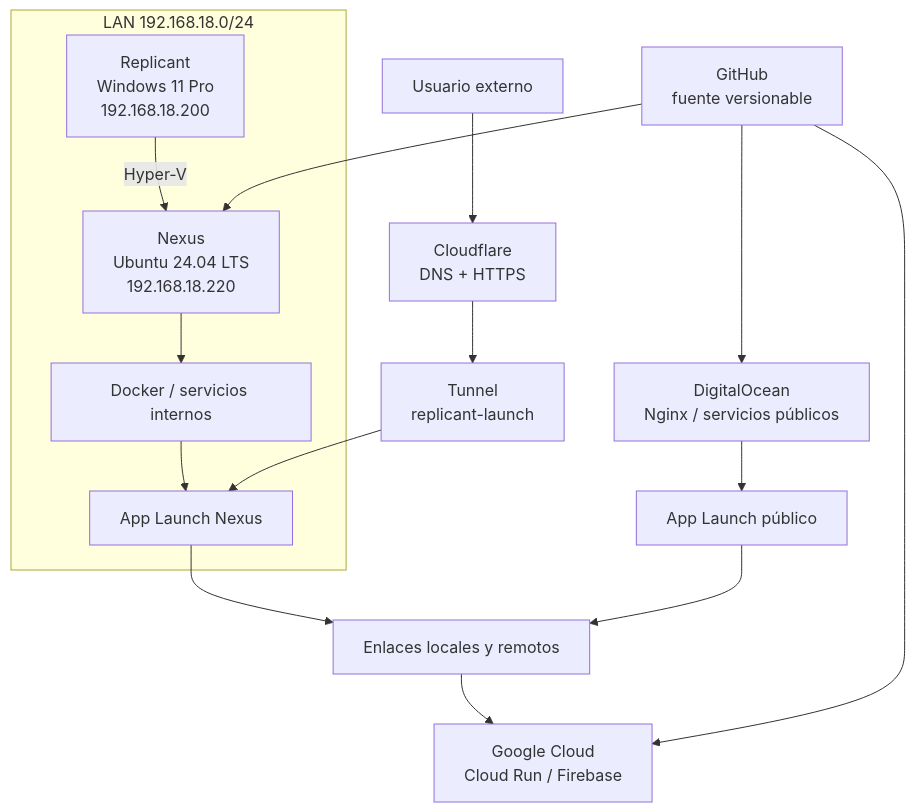
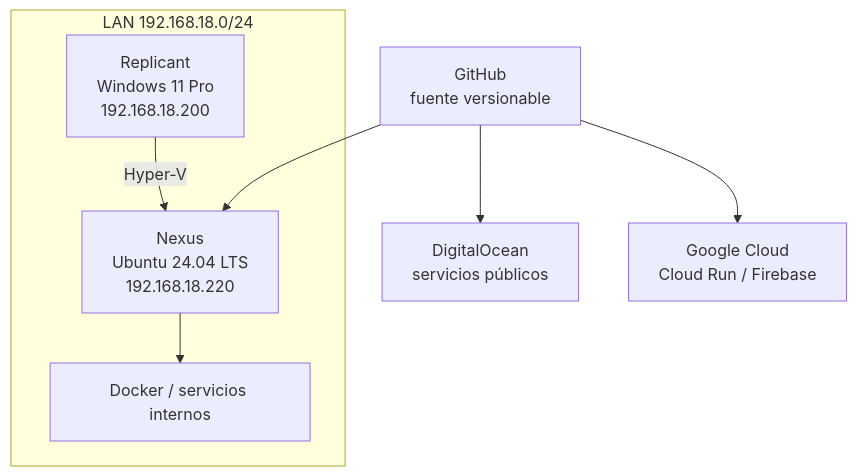
One commit to ratienza/infra-replicant-lab changed the third of 4 diagrams in docs/arquitectura.md. Above: the diagram before and after it, drawn with Mermaid. The commit also changed other lines of this file, not shown here.

Commit message:
docs: refresh architecture for Cloudflare Access

````diff
--- a/docs/arquitectura.md
+++ b/docs/arquitectura.md
@@ -5,25 +68,13 @@
 ```mermaid
 flowchart TB
     subgraph LAN["LAN 192.168.18.0/24"]
         R["Replicant<br/>Windows 11 Pro<br/>192.168.18.200"]
         N["Nexus<br/>Ubuntu 24.04 LTS<br/>192.168.18.220"]
         R -->|Hyper-V| N
         N --> NR["Docker / servicios internos"]
-        NR --> NAL["App Launch Nexus"]
     end
-    CF["Cloudflare<br/>DNS + HTTPS"]
-    T["Tunnel<br/>replicant-launch"]
-    U["Usuario externo"]
-    GH["GitHub<br/>fuente versionable"]
-    DO["DigitalOcean<br/>Nginx / servicios públicos"]
-    DAL["App Launch público"]
-    GC["Google Cloud<br/>Cloud Run / Firebase"]
-    GH --> N
-    GH --> DO
-    GH --> GC
-    DO --> DAL
-    U --> CF --> T --> NAL
-    NAL --> LINKS["Enlaces locales y remotos"]
-    DAL --> LINKS
-    LINKS --> GC
+
+    GH["GitHub<br/>fuente versionable"] --> N
+    GH --> DO["DigitalOcean<br/>servicios públicos"]
+    GH --> GC["Google Cloud<br/>Cloud Run / Firebase"]
 ```
````
